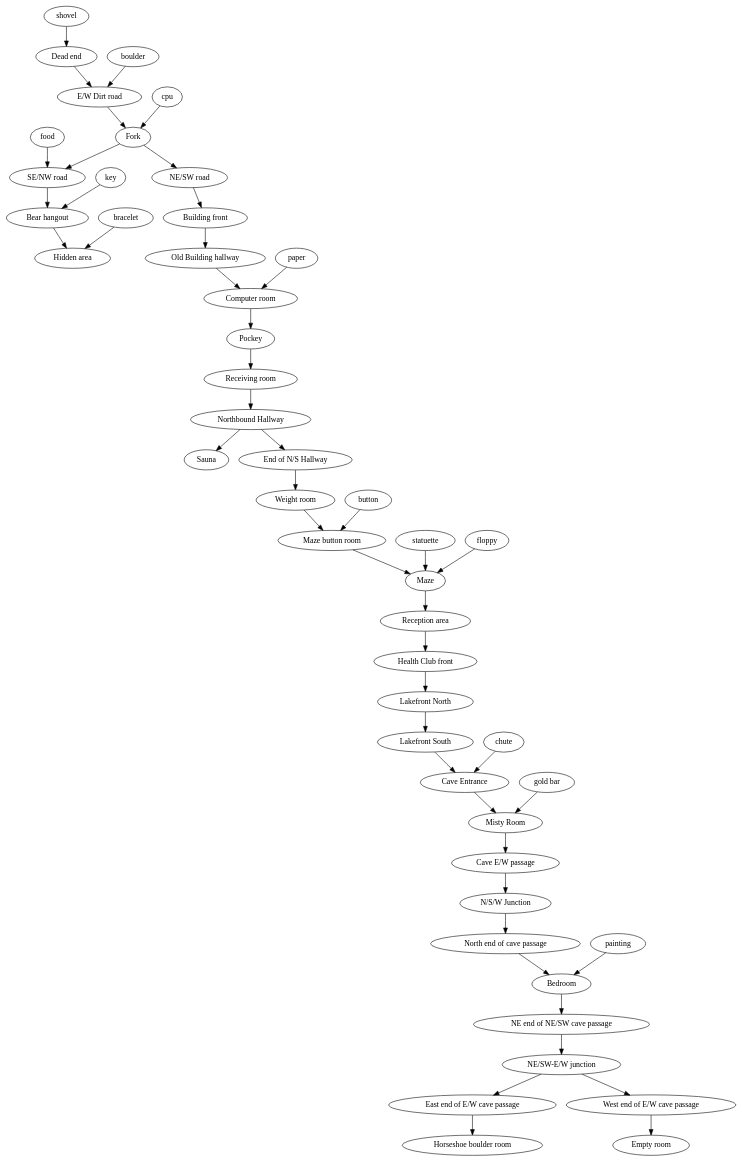
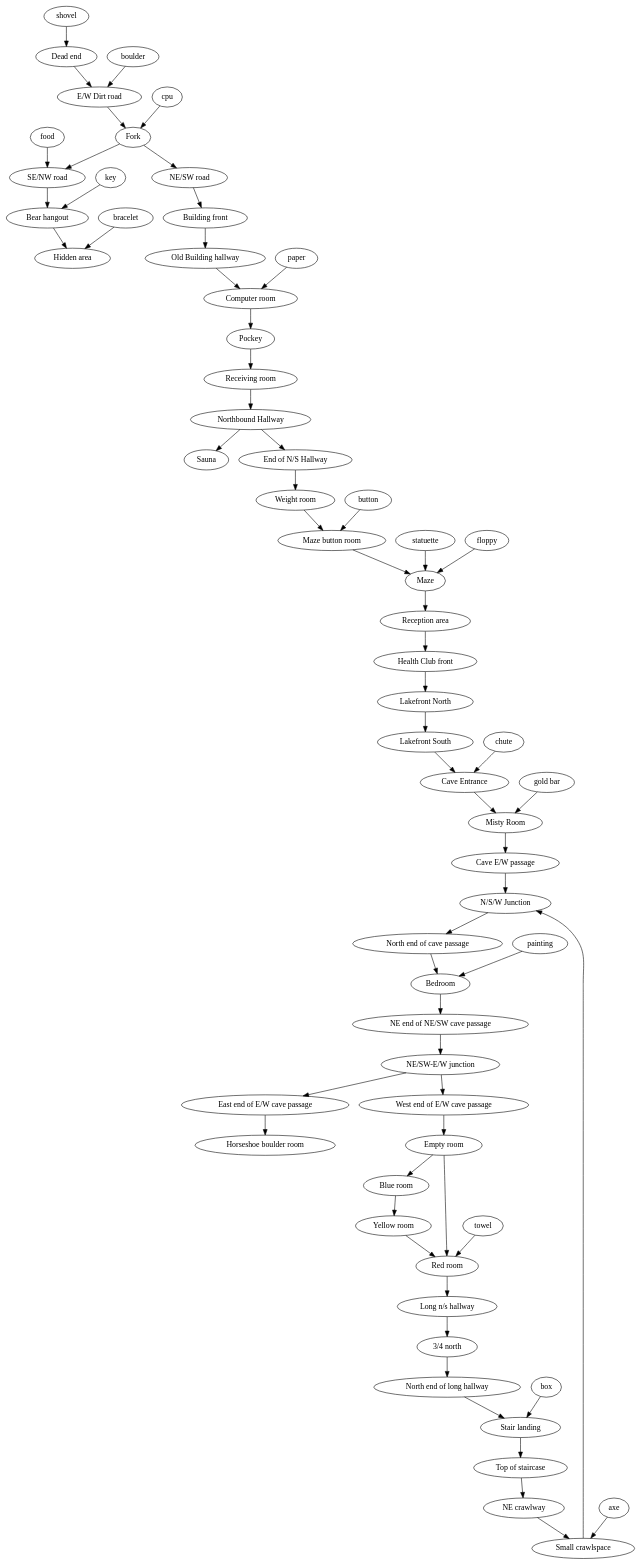
One commit to alvarogonzalezsotillo/.emacs.d changed the diagram in dunnet.org. Above: the diagram before and after it, drawn with Graphviz. The commit also changed other lines of this file and 1 other file, not shown here.

```diff
--- a/dunnet.org
+++ b/dunnet.org
@@ -2,53 +2,73 @@
-#+BEGIN_SRC dot :file ./dunnet.svg :exports results :cmd dot :cmdline -Tsvg
+#+BEGIN_SRC dot :file ./dunnet.svg :exports results :cmd neato :cmdline -Tsvg
 digraph{
   "shovel" -> "Dead end"
   "Dead end" -> "E/W Dirt road"
   "boulder" -> "E/W Dirt road"
   "E/W Dirt road" -> "Fork"
   "cpu" -> "Fork"
   "Fork" -> "SE/NW road"
   "food" -> "SE/NW road"
   "SE/NW road" -> "Bear hangout"
   "key" -> "Bear hangout"
   "Bear hangout" -> "Hidden area"
   "bracelet" -> "Hidden area"
   "Fork" -> "NE/SW road"
   "NE/SW road" -> "Building front"
   "Building front" -> "Old Building hallway"
   "Old Building hallway" -> "Computer room"
   "paper" -> "Computer room"
   "Computer room" -> "Pockey"
   "Pockey" -> "Receiving room"
   "Receiving room" -> "Northbound Hallway"
   "Northbound Hallway" -> "Sauna"
   "Northbound Hallway" -> "End of N/S Hallway"
   "End of N/S Hallway" -> "Weight room"
   "Weight room" -> "Maze button room"
   "button" -> "Maze button room"
   "Maze button room" -> "Maze"
   "statuette" -> "Maze"
   "floppy" -> "Maze"
   "Maze" -> "Reception area"
   "Reception area" -> "Health Club front"
   "Health Club front" -> "Lakefront North"
   "Lakefront North" -> "Lakefront South"
   "Lakefront South" -> "Cave Entrance"
   "chute" -> "Cave Entrance"
   "Cave Entrance" -> "Misty Room"
   "gold bar" -> "Misty Room"
   "Misty Room" -> "Cave E/W passage"
   "Cave E/W passage" -> "N/S/W Junction"
   "N/S/W Junction" -> "North end of cave passage"
   "North end of cave passage" -> "Bedroom"
   "painting" -> "Bedroom"
   "Bedroom" -> "NE end of NE/SW cave passage"
   "NE end of NE/SW cave passage" -> "NE/SW-E/W junction"
   "NE/SW-E/W junction" -> "East end of E/W cave passage"
   "East end of E/W cave passage" -> "Horseshoe boulder room"
   "NE/SW-E/W junction" -> "West end of E/W cave passage"
   "West end of E/W cave passage" -> "Empty room"
+  "Empty room" -> "Blue room"
+  "Empty room" -> "Red room"
+  "Blue room" -> "Yellow room"
+  "Yellow room" -> "Red room"
+  "towel" -> "Red room"
+  "Red room" -> "Long n/s hallway"
+  "Long n/s hallway" -> "3/4 north"
+  "3/4 north" -> "North end of long hallway"
+  "North end of long hallway" -> "Stair landing"
+  "box" -> "Stair landing"
+  "Stair landing" -> "Top of staircase"
+  "Top of staircase" -> "NE crawlway"
+  "NE crawlway" -> "Small crawlspace"
+  "axe" -> "Small crawlspace"
+  "Small crawlspace" -> "N/S/W Junction"
+
+
+  
+
+
 
   
 }
 
 #+END_SRC
```
